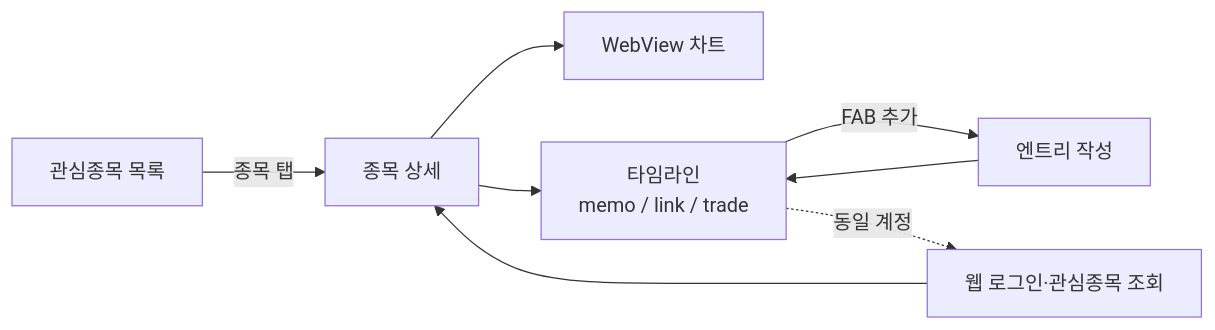
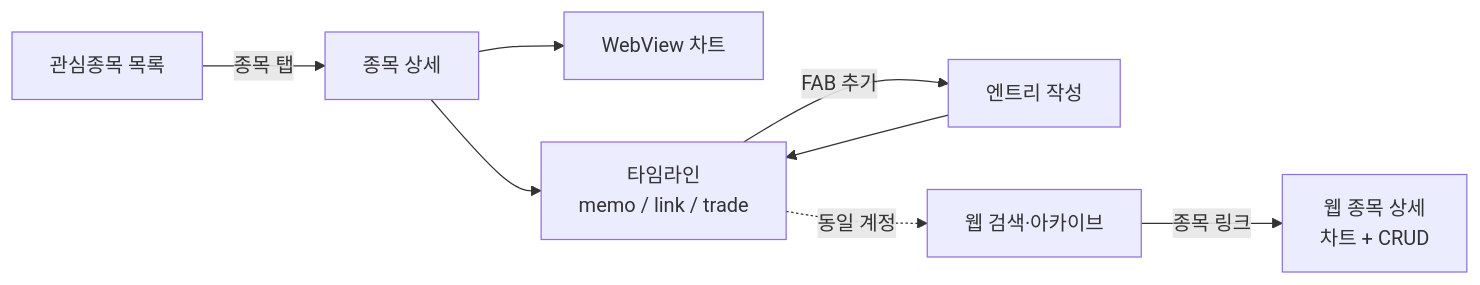
The first of 5 diagrams in docs/portfolio.md (scs0209/ticker-journal), drawn with Mermaid before and after one commit. The commit also changed other lines of this file and 7 other files, not shown here.

````diff
--- a/docs/portfolio.md
+++ b/docs/portfolio.md
@@ -35,10 +35,10 @@
 ```mermaid
 flowchart LR
   A[관심종목 목록] -->|종목 탭| B[종목 상세]
   B --> C[WebView 차트]
   B --> D[타임라인<br/>memo / link / trade]
   D -->|FAB 추가| E[엔트리 작성]
   E --> D
-  D -.동일 계정.-> F[웹 로그인·관심종목 조회]
-  F --> B
+  D -.동일 계정.-> F[웹 검색·아카이브]
+  F -->|종목 링크| G[웹 종목 상세<br/>차트 + CRUD]
 ```
````
